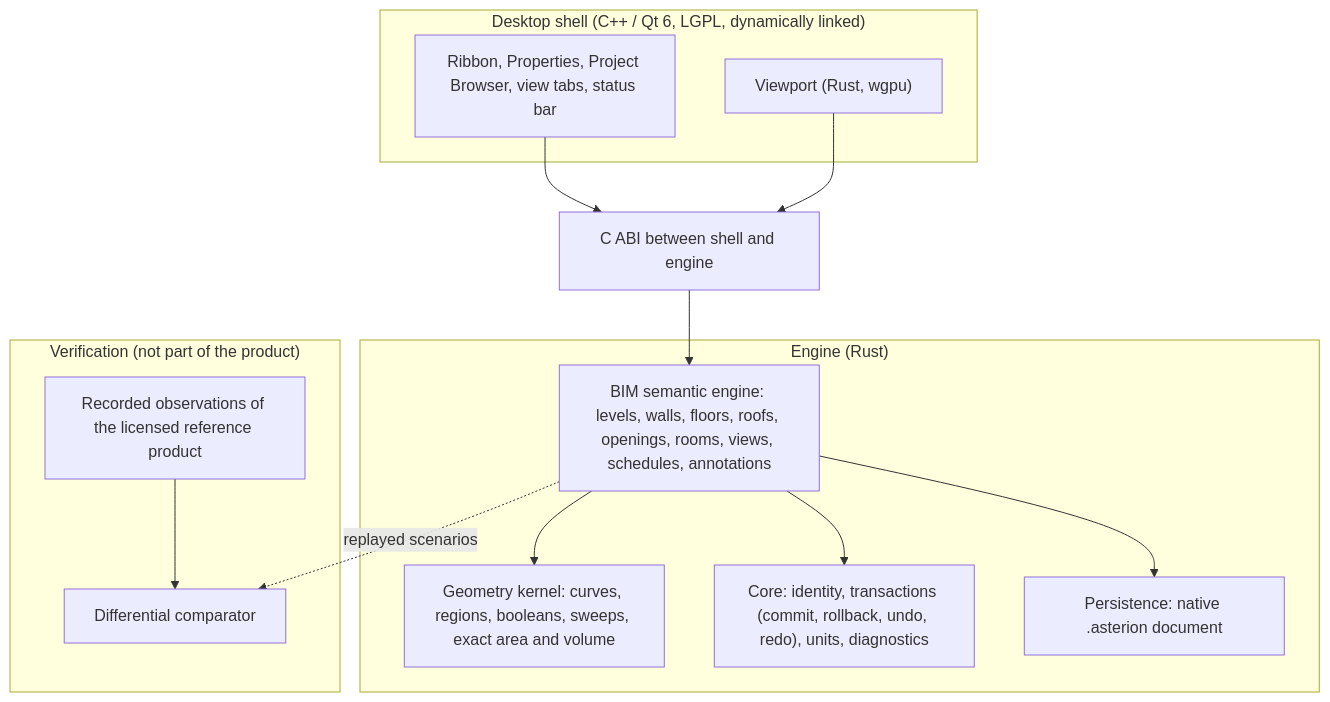
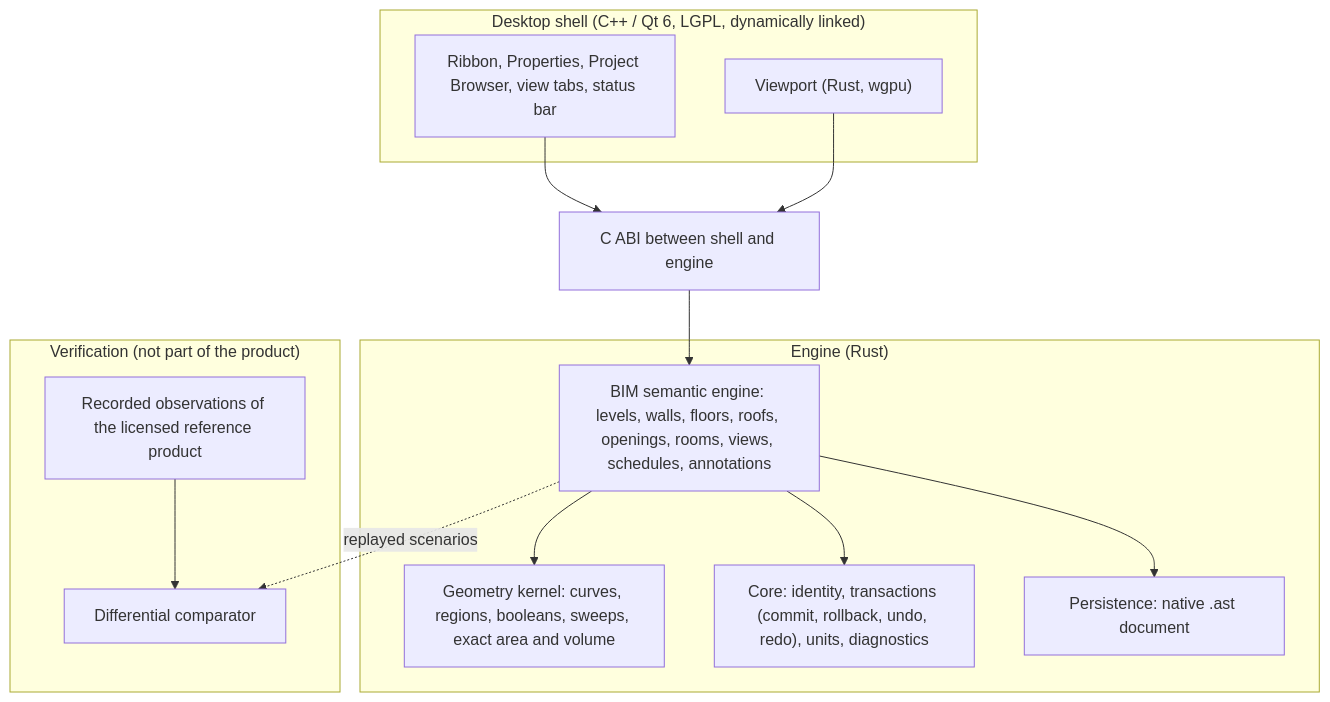
The diagram in README.md (Asterion-OpenDesign/Asterion-bim), drawn with Mermaid before and after one commit. The commit also changed other lines of this file and 1 other file, not shown here.

Commit message:
docs: alpha 3 (stairs and railings have a body, .ast project format, recovery), installer numbers of d4bf2bb6

````diff
--- a/README.md
+++ b/README.md
@@ -185,26 +184,26 @@
 ```mermaid
 flowchart TB
     subgraph Shell["Desktop shell (C++ / Qt 6, LGPL, dynamically linked)"]
         UI["Ribbon, Properties, Project Browser, view tabs, status bar"]
         VP["Viewport (Rust, wgpu)"]
     end
     FFI["C ABI between shell and engine"]
     subgraph Engine["Engine (Rust)"]
         BIM["BIM semantic engine: levels, walls, floors, roofs, openings, rooms, views, schedules, annotations"]
         GEO["Geometry kernel: curves, regions, booleans, sweeps, exact area and volume"]
         CORE["Core: identity, transactions (commit, rollback, undo, redo), units, diagnostics"]
-        PER["Persistence: native .asterion document"]
+        PER["Persistence: native .ast document"]
     end
     subgraph Verify["Verification (not part of the product)"]
         CMP["Differential comparator"]
         OBS["Recorded observations of the licensed reference product"]
     end
     UI --> FFI
     VP --> FFI
     FFI --> BIM
     BIM --> GEO
     BIM --> CORE
     BIM --> PER
     OBS --> CMP
     BIM -.replayed scenarios.-> CMP
 ```
````
